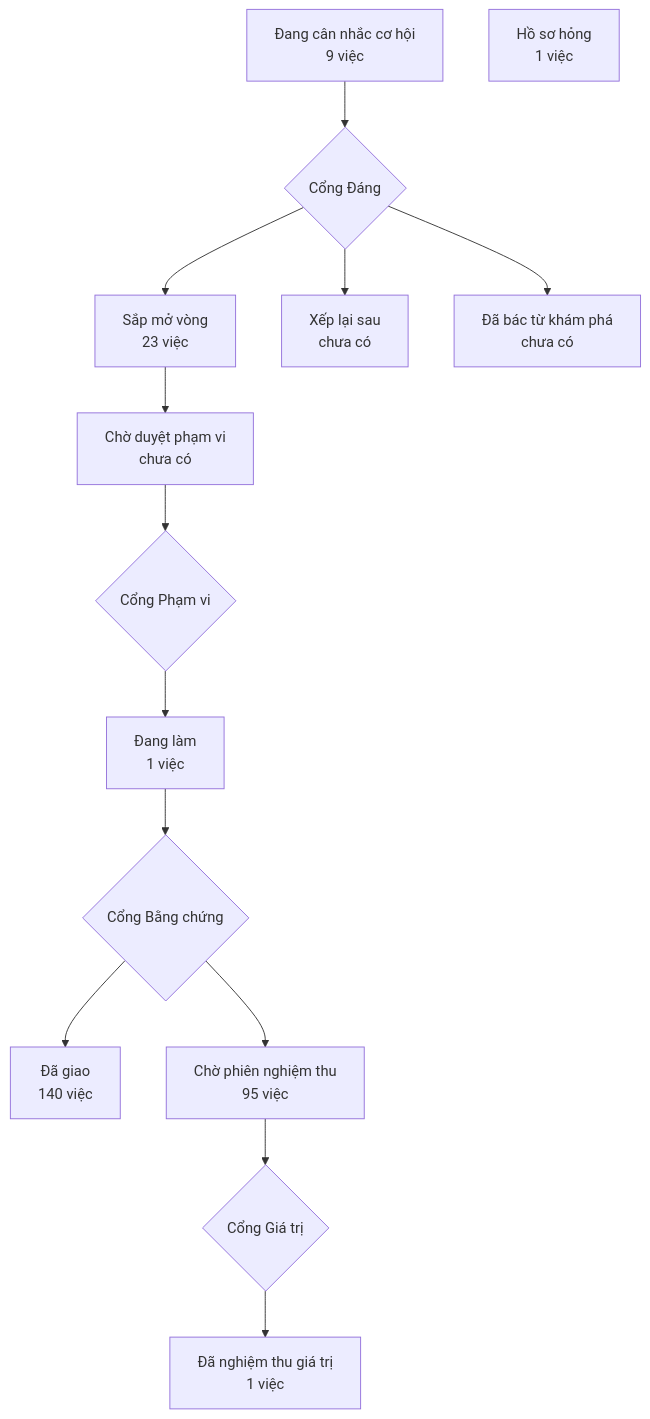
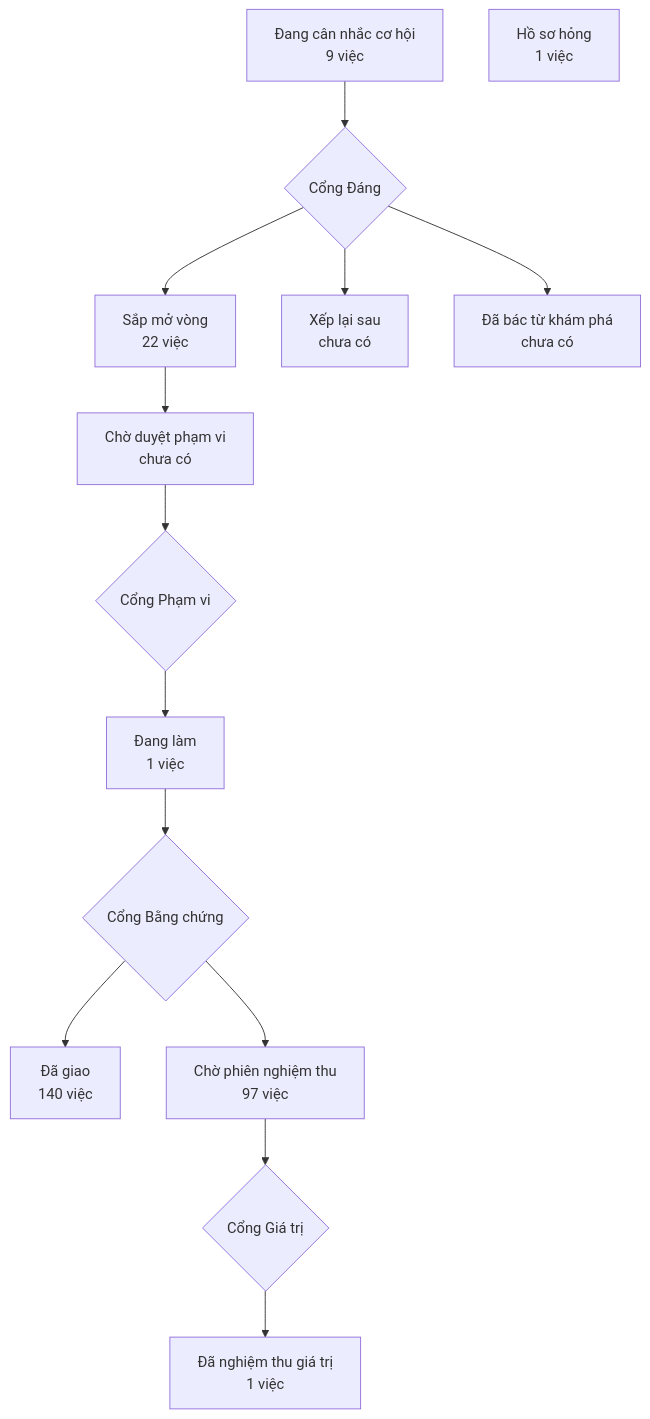
Before and after one commit to phanlemanh/crm-onehub: the diagram in PRODUCT-MAP.md, drawn with Mermaid. The commit also changed other lines of this file and 1 other file, not shown here.

Commit message:
chore: vẽ lại bản đồ sản phẩm từ bản sạch sau gộp onehub #371

````diff
--- a/PRODUCT-MAP.md
+++ b/PRODUCT-MAP.md
@@ -7,13 +7,13 @@
 ```mermaid
 flowchart TD
   A["Đang cân nhắc cơ hội<br/>9 việc"] --> GD{"Cổng Đáng"}
-  GD --> B["Sắp mở vòng<br/>23 việc"]
+  GD --> B["Sắp mở vòng<br/>22 việc"]
   GD --> XL["Xếp lại sau<br/>chưa có"]
   GD --> DB["Đã bác từ khám phá<br/>chưa có"]
   B --> CD["Chờ duyệt phạm vi<br/>chưa có"] --> GP{"Cổng Phạm vi"}
   GP --> DL["Đang làm<br/>1 việc"] --> GB{"Cổng Bằng chứng"}
   GB --> DG["Đã giao<br/>140 việc"]
-  GB --> CN["Chờ phiên nghiệm thu<br/>95 việc"] --> GG{"Cổng Giá trị"}
+  GB --> CN["Chờ phiên nghiệm thu<br/>97 việc"] --> GG{"Cổng Giá trị"}
   GG --> NT["Đã nghiệm thu giá trị<br/>1 việc"]
   HS["Hồ sơ hỏng<br/>1 việc"]
 ```
````
